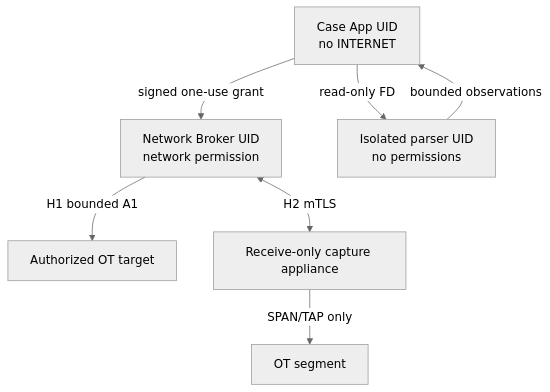
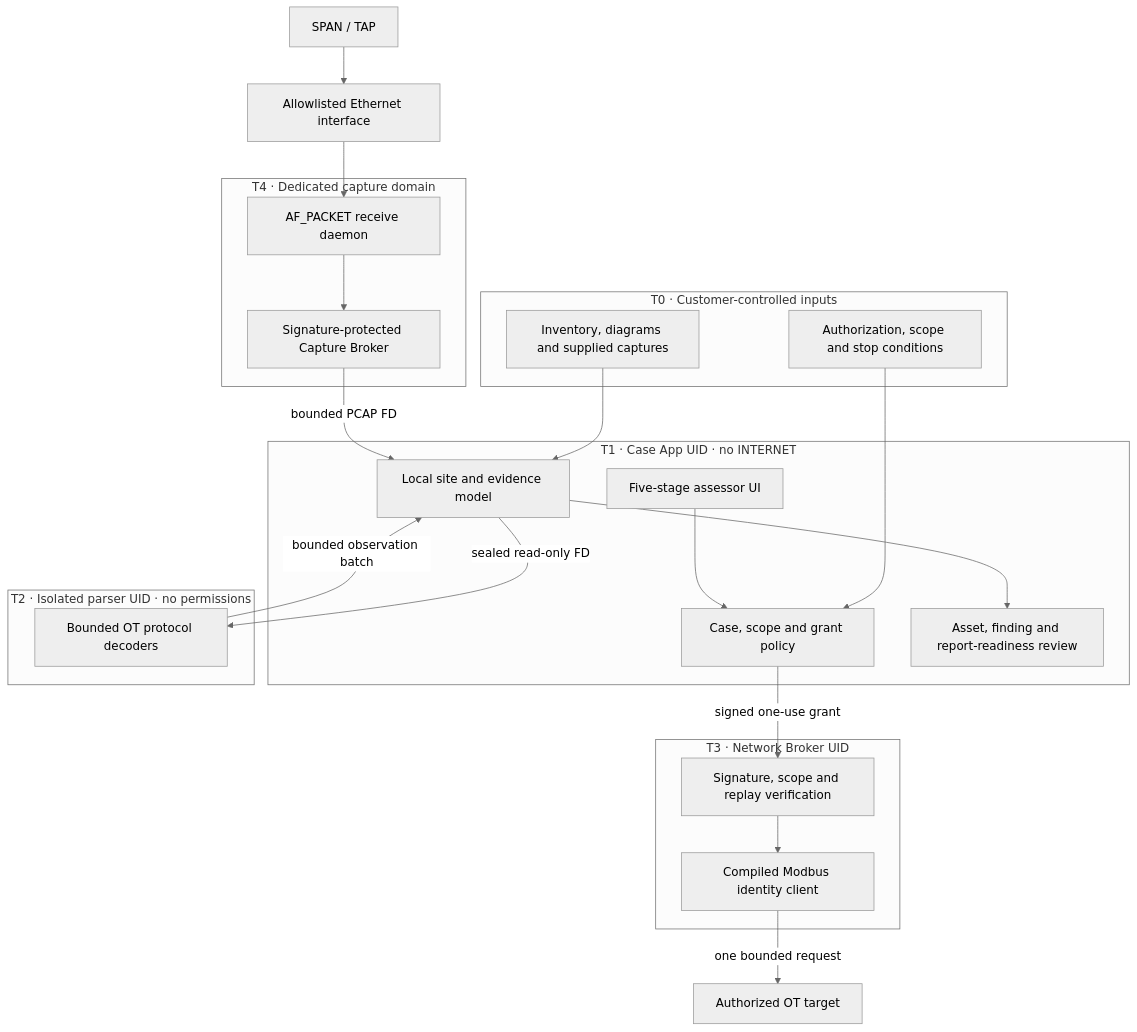
The first of 6 diagrams in docs/wiki/Technical-Architecture.md (charifmahmoudi/mobile-ot-security-assessment), drawn with Mermaid (neutral theme) before and after one commit. The commit also changed other lines of this file and 2 other files, not shown here.

Commit message:
Rebuild product documentation and architecture narrative

````diff
--- a/docs/wiki/Technical-Architecture.md
+++ b/docs/wiki/Technical-Architecture.md
@@ -20,12 +24,38 @@
 ```mermaid
-flowchart TD
-  APP["Case App UID
-no INTERNET"] -->|"signed one-use grant"| BROKER["Network Broker UID
-network permission"]
-  APP -->|"read-only FD"| PARSER["Isolated parser UID
-no permissions"]
-  BROKER -->|"H1 bounded A1"| OT["Authorized OT target"]
-  BROKER <-->|"H2 mTLS"| CAP["Receive-only capture appliance"]
-  CAP -->|"SPAN/TAP only"| SEG["OT segment"]
-  PARSER -->|"bounded observations"| APP
+flowchart TB
+  subgraph CUSTOMER["T0 · Customer-controlled inputs"]
+    AUTH["Authorization, scope and stop conditions"]
+    BASELINE["Inventory, diagrams and supplied captures"]
+  end
+
+  subgraph CASE["T1 · Case App UID · no INTERNET"]
+    UX["Five-stage assessor UI"]
+    POLICY["Case, scope and grant policy"]
+    STORE["Local site and evidence model"]
+    REVIEW["Asset, finding and report-readiness review"]
+  end
+
+  subgraph PARSE["T2 · Isolated parser UID · no permissions"]
+    DECODERS["Bounded OT protocol decoders"]
+  end
+
+  subgraph ACTIVE["T3 · Network Broker UID"]
+    GRANTS["Signature, scope and replay verification"]
+    MODBUS["Compiled Modbus identity client"]
+  end
+
+  subgraph PASSIVE["T4 · Dedicated capture domain"]
+    CB["Signature-protected Capture Broker"]
+    RAW["AF_PACKET receive daemon"]
+  end
+
+  AUTH --> POLICY
+  BASELINE --> STORE
+  STORE -->|"sealed read-only FD"| DECODERS
+  DECODERS -->|"bounded observation batch"| STORE
+  UX --> POLICY -->|"signed one-use grant"| GRANTS
+  GRANTS --> MODBUS -->|"one bounded request"| OT["Authorized OT target"]
+  TAP["SPAN / TAP"] --> NIC["Allowlisted Ethernet interface"]
+  NIC --> RAW --> CB -->|"bounded PCAP FD"| STORE
+  STORE --> REVIEW
 ```
````
